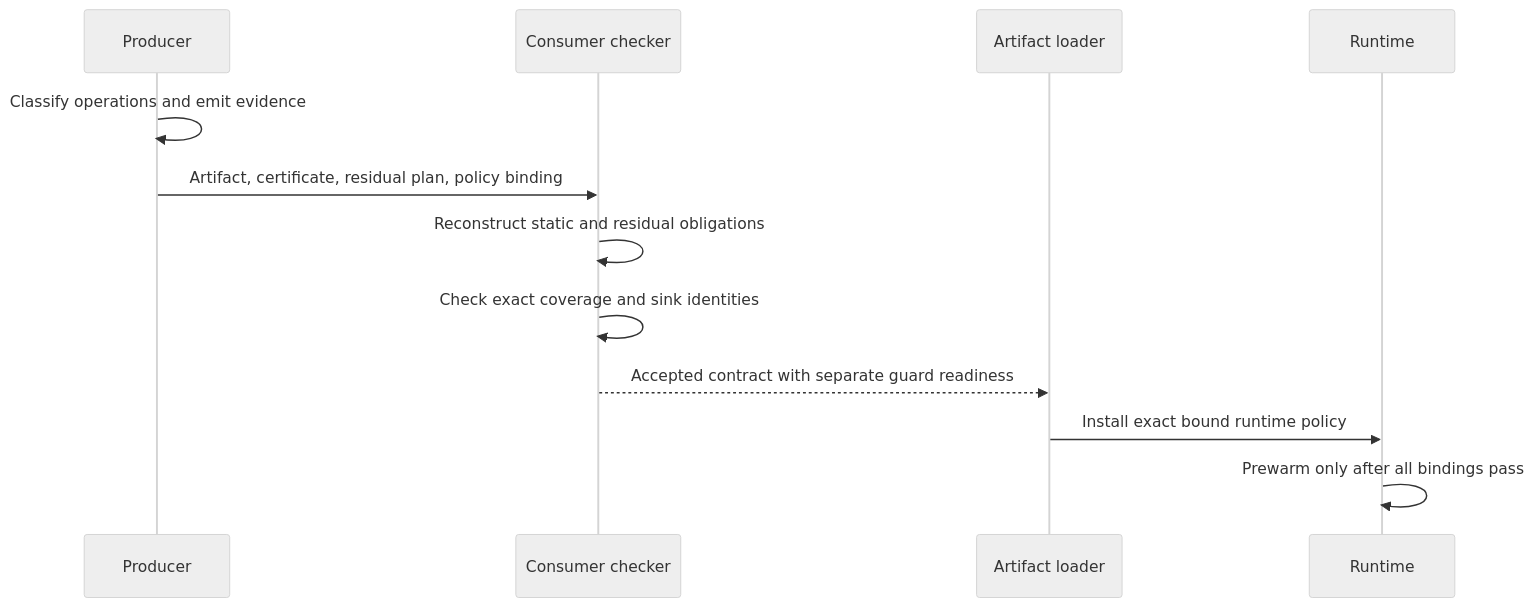
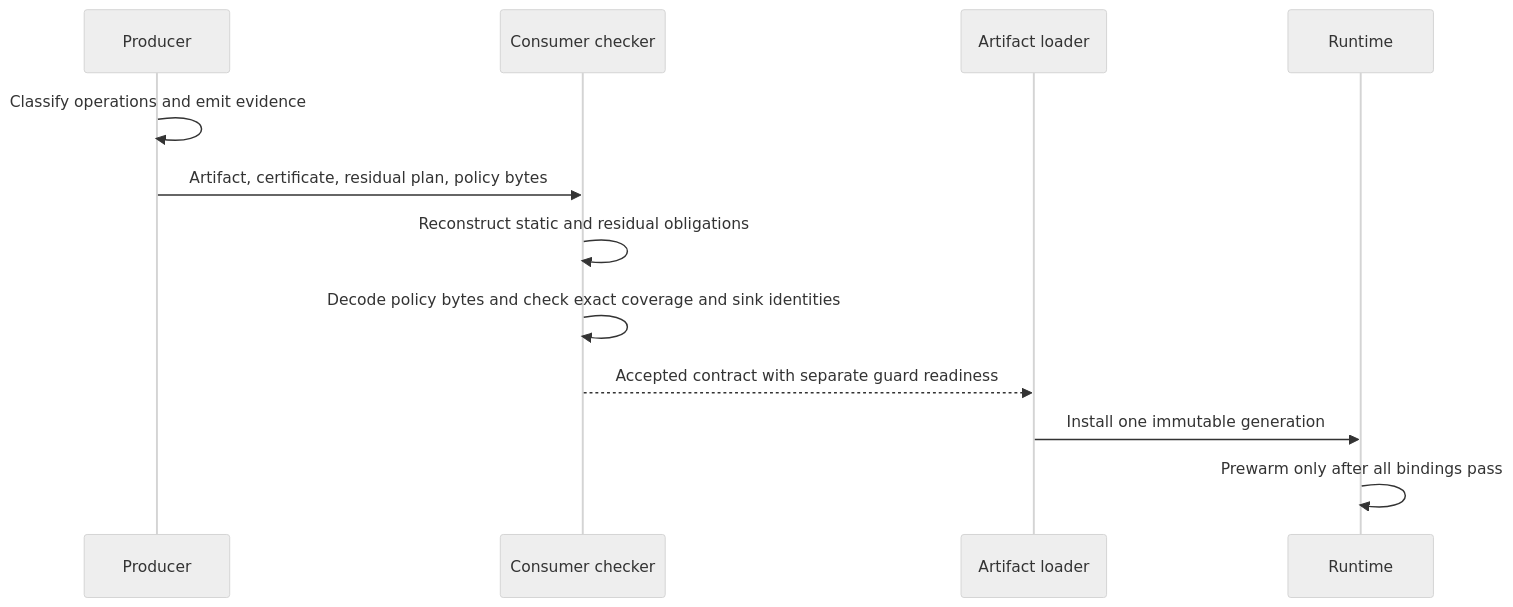
One commit to srdjan/zttp changed the second of 5 diagrams in docs/plans/2026-08-31-1242-feat-residual-runtime-guard-addendum-plan.md. Above: the diagram before and after it, drawn with Mermaid (neutral theme). The commit also changed other lines of this file, not shown here.

````diff
--- a/docs/plans/2026-08-31-1242-feat-residual-runtime-guard-addendum-plan.md
+++ b/docs/plans/2026-08-31-1242-feat-residual-runtime-guard-addendum-plan.md
@@ -217,14 +307,14 @@
 ```mermaid
 sequenceDiagram
   participant P as Producer
   participant C as Consumer checker
   participant A as Artifact loader
   participant R as Runtime
   P->>P: Classify operations and emit evidence
-  P->>C: Artifact, certificate, residual plan, policy binding
+  P->>C: Artifact, certificate, residual plan, policy bytes
   C->>C: Reconstruct static and residual obligations
-  C->>C: Check exact coverage and sink identities
+  C->>C: Decode policy bytes and check exact coverage and sink identities
   C-->>A: Accepted contract with separate guard readiness
-  A->>R: Install exact bound runtime policy
+  A->>R: Install one immutable generation
   R->>R: Prewarm only after all bindings pass
 ```
````
